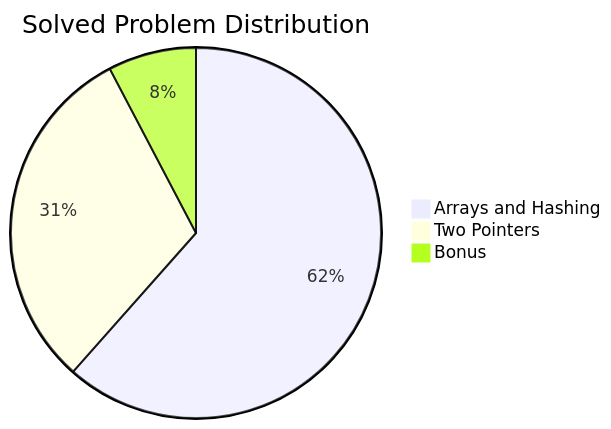
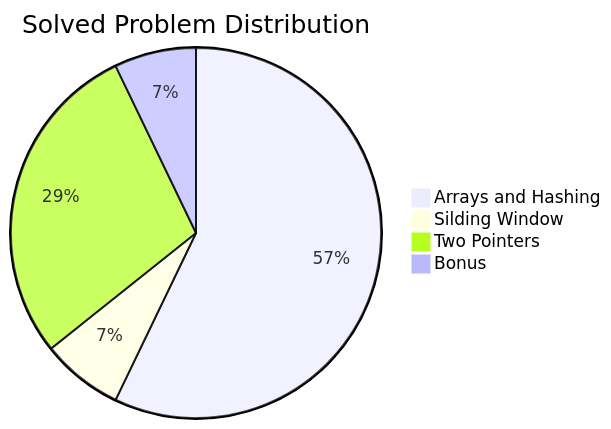
Before and after one commit to halcyon-past/SDE_PRACTICE_SHEET-MASTERY: the first of 2 diagrams in README.md, drawn with Mermaid. The commit also changed other lines of this file and 1 other file, not shown here.

````diff
--- a/README.md
+++ b/README.md
@@ -17,6 +17,7 @@
 ```mermaid
 pie title Solved Problem Distribution
     "Arrays and Hashing" : 8
+    "Silding Window" : 1
     "Two Pointers" : 4
     "Bonus" : 1
 ```
````
